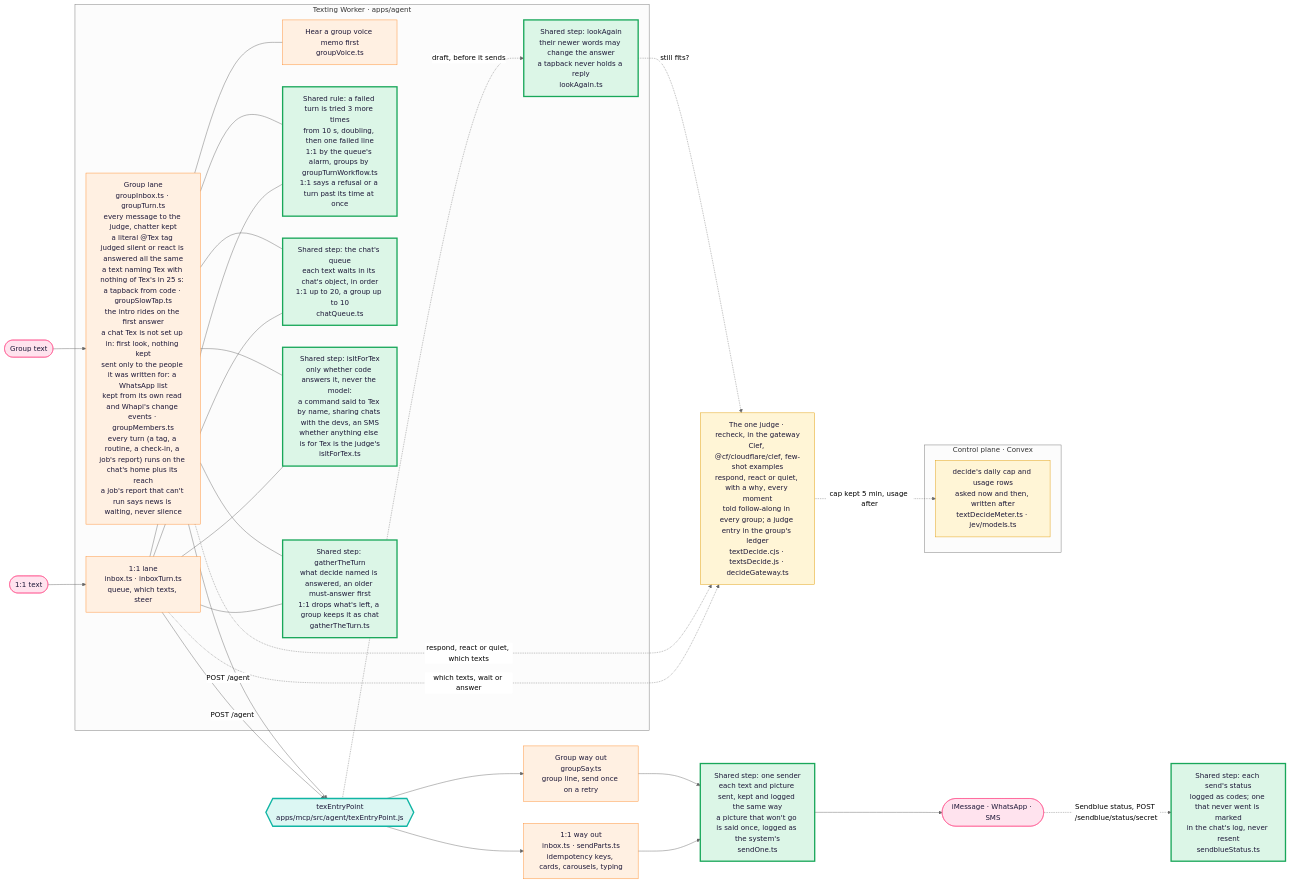
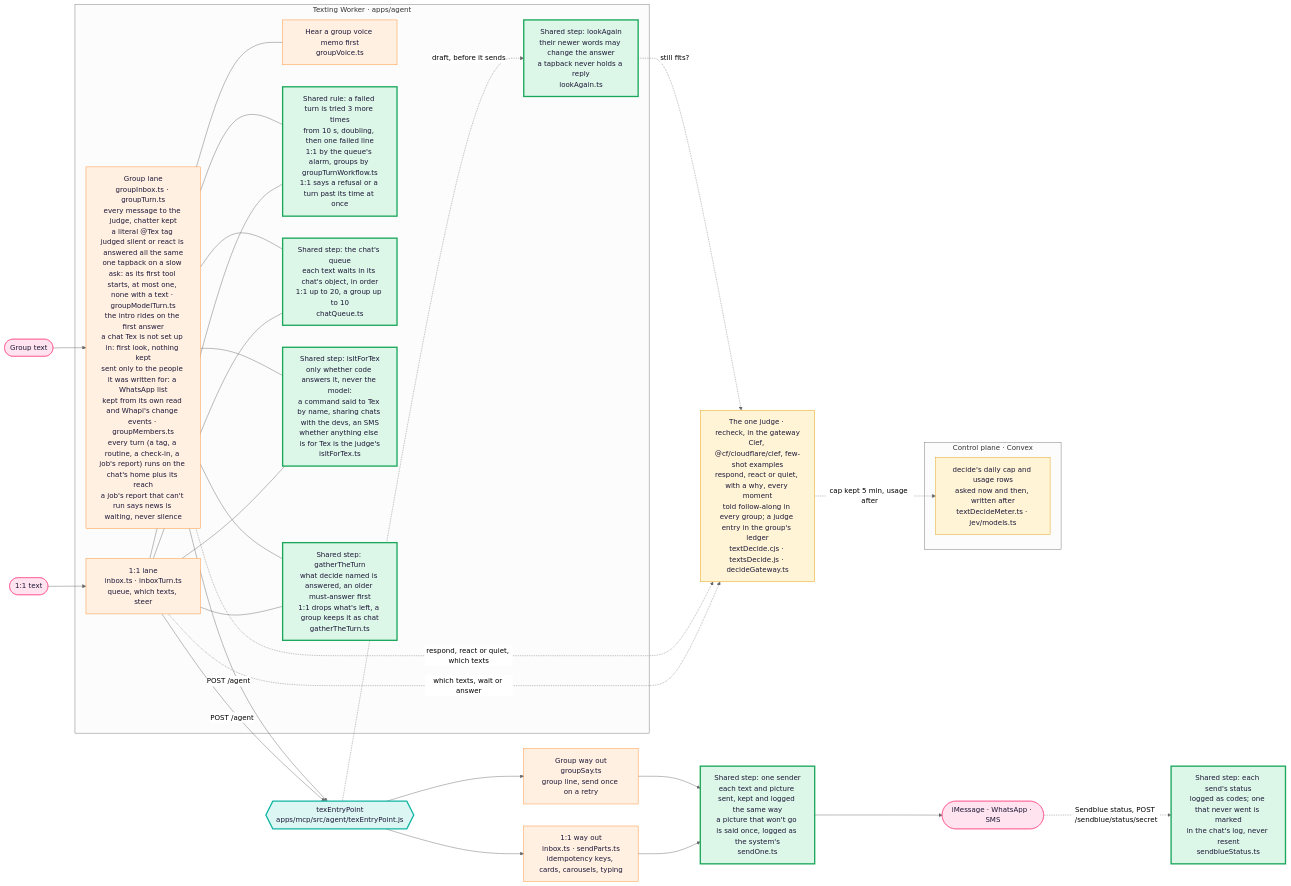
Before and after one commit to Supa-Media/context: the first of 3 diagrams in docs/architecture/tex.md, drawn with Mermaid (neutral theme). The commit also changed other lines of this file and 12 other files, not shown here.

First line of the commit message:
Tex: one group tapback, only on a slow ask

````diff
--- a/docs/architecture/tex.md
+++ b/docs/architecture/tex.md
@@ -22,47 +22,47 @@
 ```mermaid
 flowchart LR
   P1([1:1 text]):::you --> W1
   P2([Group text]):::you --> W2
   subgraph Worker["Texting Worker · apps/agent"]
     W1["1:1 lane<br/>inbox.ts · inboxTurn.ts<br/>queue, which texts, steer"]:::pipe
-    W2["Group lane<br/>groupInbox.ts · groupTurn.ts<br/>every message to the judge, chatter kept<br/>a literal @Tex tag judged silent or react is answered all the same<br/>a text naming Tex with nothing of Tex's in 25 s: a tapback from code · groupSlowTap.ts<br/>the intro rides on the first answer<br/>a chat Tex is not set up in: first look, nothing kept<br/>sent only to the people it was written for: a WhatsApp list<br/>kept from its own read and Whapi's change events · groupMembers.ts<br/>every turn (a tag, a routine, a check-in, a job's report) runs on the chat's home plus its reach<br/>a job's report that can't run says news is waiting, never silence"]:::pipe
+    W2["Group lane<br/>groupInbox.ts · groupTurn.ts<br/>every message to the judge, chatter kept<br/>a literal @Tex tag judged silent or react is answered all the same<br/>one tapback on a slow ask: as its first tool starts, at most one, none with a text · groupModelTurn.ts<br/>the intro rides on the first answer<br/>a chat Tex is not set up in: first look, nothing kept<br/>sent only to the people it was written for: a WhatsApp list<br/>kept from its own read and Whapi's change events · groupMembers.ts<br/>every turn (a tag, a routine, a check-in, a job's report) runs on the chat's home plus its reach<br/>a job's report that can't run says news is waiting, never silence"]:::pipe
     H["Hear a group voice memo first<br/>groupVoice.ts"]:::pipe
     W2 --- H
     LA["Shared step: lookAgain<br/>their newer words may change the answer<br/>a tapback never holds a reply<br/>lookAgain.ts"]:::shared
     RT["Shared rule: a failed turn is tried 3 more times<br/>from 10 s, doubling, then one failed line<br/>1:1 by the queue's alarm, groups by groupTurnWorkflow.ts<br/>1:1 says a refusal or a turn past its time at once"]:::shared
     W1 --- RT
     W2 --- RT
     Q["Shared step: the chat's queue<br/>each text waits in its chat's object, in order<br/>1:1 up to 20, a group up to 10<br/>chatQueue.ts"]:::shared
     W1 --- Q
     W2 --- Q
     FT["Shared step: isItForTex<br/>only whether code answers it, never the model:<br/>a command said to Tex by name, sharing chats with the devs, an SMS<br/>whether anything else is for Tex is the judge's<br/>isItForTex.ts"]:::shared
     W1 --- FT
     W2 --- FT
     GT["Shared step: gatherTheTurn<br/>what decide named is answered, an older must-answer first<br/>1:1 drops what's left, a group keeps it as chat<br/>gatherTheTurn.ts"]:::shared
     W1 --- GT
     W2 --- GT
   end
   D["The one judge · recheck, in the gateway<br/>Clef, @cf/cloudflare/clef, few-shot examples<br/>respond, react or quiet, with a why, every moment<br/>told follow-along in every group; a judge entry in the group's ledger<br/>textDecide.cjs · textsDecide.js · decideGateway.ts"]:::judge
   subgraph Control["Control plane · Convex"]
     CAP["decide's daily cap and usage rows<br/>asked now and then, written after<br/>textDecideMeter.ts · jev/models.ts"]:::judge
   end
   D -. cap kept 5 min, usage after .-> CAP
   W1 -. which texts, wait or answer .-> D
   W2 -. respond, react or quiet, which texts .-> D
   E -. draft, before it sends .-> LA
   LA -. still fits? .-> D
   W1 -->|POST /agent| E
   W2 -->|POST /agent| E
   E{{"texEntryPoint<br/>apps/mcp/src/agent/texEntryPoint.js"}}:::door
   E --> S1["1:1 way out<br/>inbox.ts · sendParts.ts<br/>idempotency keys, cards, carousels, typing"]:::pipe
   E --> S2["Group way out<br/>groupSay.ts<br/>group line, send once on a retry"]:::pipe
   S1 --> SO["Shared step: one sender<br/>each text and picture sent, kept and logged the same way<br/>a picture that won't go is said once, logged as the system's<br/>sendOne.ts"]:::shared
   S2 --> SO
   SO --> Out([iMessage · WhatsApp · SMS]):::you
   Out -. "Sendblue status, POST /sendblue/status/secret" .-> ST["Shared step: each send's status<br/>logged as codes; one that never went is marked<br/>in the chat's log, never resent<br/>sendblueStatus.ts"]:::shared
   classDef you fill:#ffe3ee,stroke:#ff4f8b,color:#1d1838
   classDef pipe fill:#fff0e2,stroke:#ff8a2a,color:#1d1838
   classDef door fill:#dcf7f3,stroke:#11b5a4,stroke-width:3px,color:#1d1838
   classDef judge fill:#fff5d6,stroke:#e09a00,color:#1d1838
   classDef shared fill:#dcf6e7,stroke:#19a75a,stroke-width:3px,color:#1d1838
 ```
````
